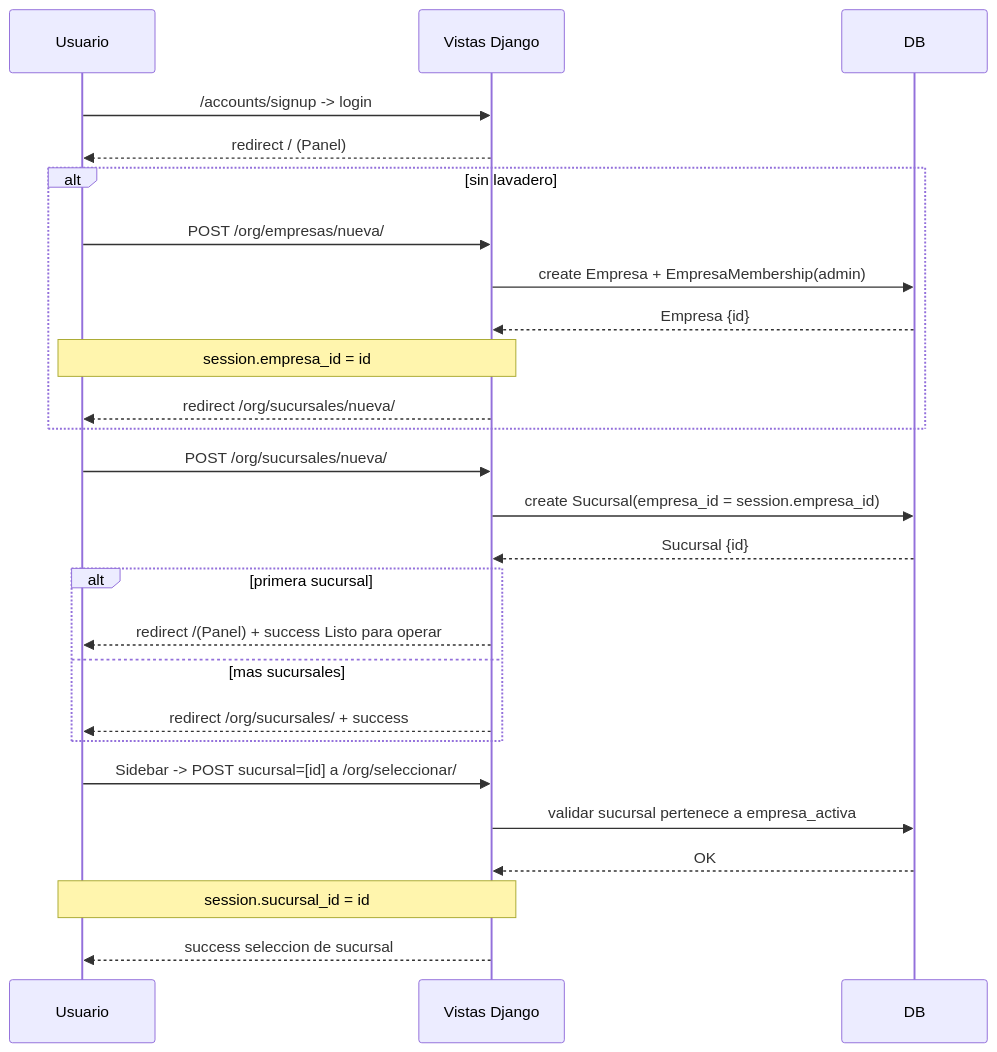
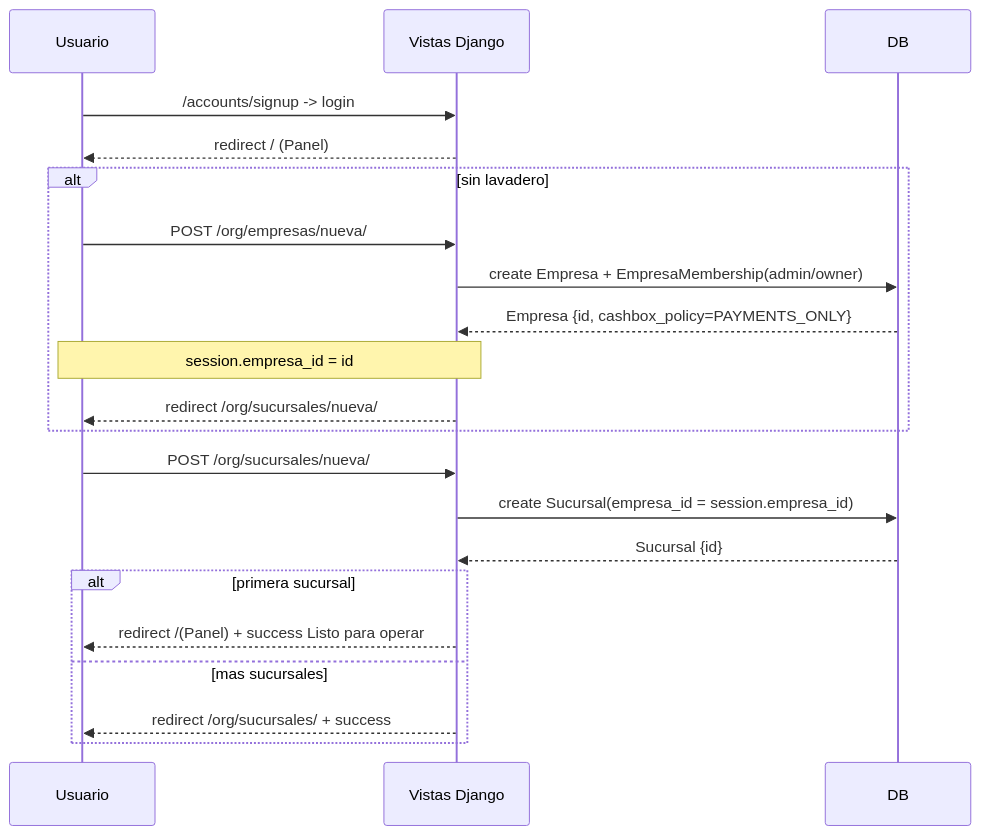
Before and after one commit to IgnacioVelazquez92/LavaderApp: diagram 22 of 35 in README.md, drawn with Mermaid. The commit also changed other lines of this file and 39 other files, not shown here.

````diff
--- a/README.md
+++ b/README.md
@@ -1556,33 +1541,27 @@
 ```mermaid
 sequenceDiagram
   participant U as Usuario
   participant WEB as Vistas Django
   participant DB as DB
 
   U->>WEB: /accounts/signup -> login
   WEB-->>U: redirect / (Panel)
 
   alt sin lavadero
     U->>WEB: POST /org/empresas/nueva/
-    WEB->>DB: create Empresa + EmpresaMembership(admin)
-    DB-->>WEB: Empresa {id}
+    WEB->>DB: create Empresa + EmpresaMembership(admin/owner)
+    DB-->>WEB: Empresa {id, cashbox_policy=PAYMENTS_ONLY}
     note over WEB,U: session.empresa_id = id
     WEB-->>U: redirect /org/sucursales/nueva/
   end
 
   U->>WEB: POST /org/sucursales/nueva/
   WEB->>DB: create Sucursal(empresa_id = session.empresa_id)
   DB-->>WEB: Sucursal {id}
 
   alt primera sucursal
     WEB-->>U: redirect /(Panel) + success Listo para operar
   else mas sucursales
     WEB-->>U: redirect /org/sucursales/ + success
   end
-
-  U->>WEB: Sidebar -> POST sucursal=[id] a /org/seleccionar/
-  WEB->>DB: validar sucursal pertenece a empresa_activa
-  DB-->>WEB: OK
-  note over WEB,U: session.sucursal_id = id
-  WEB-->>U: success seleccion de sucursal
 ```
````
